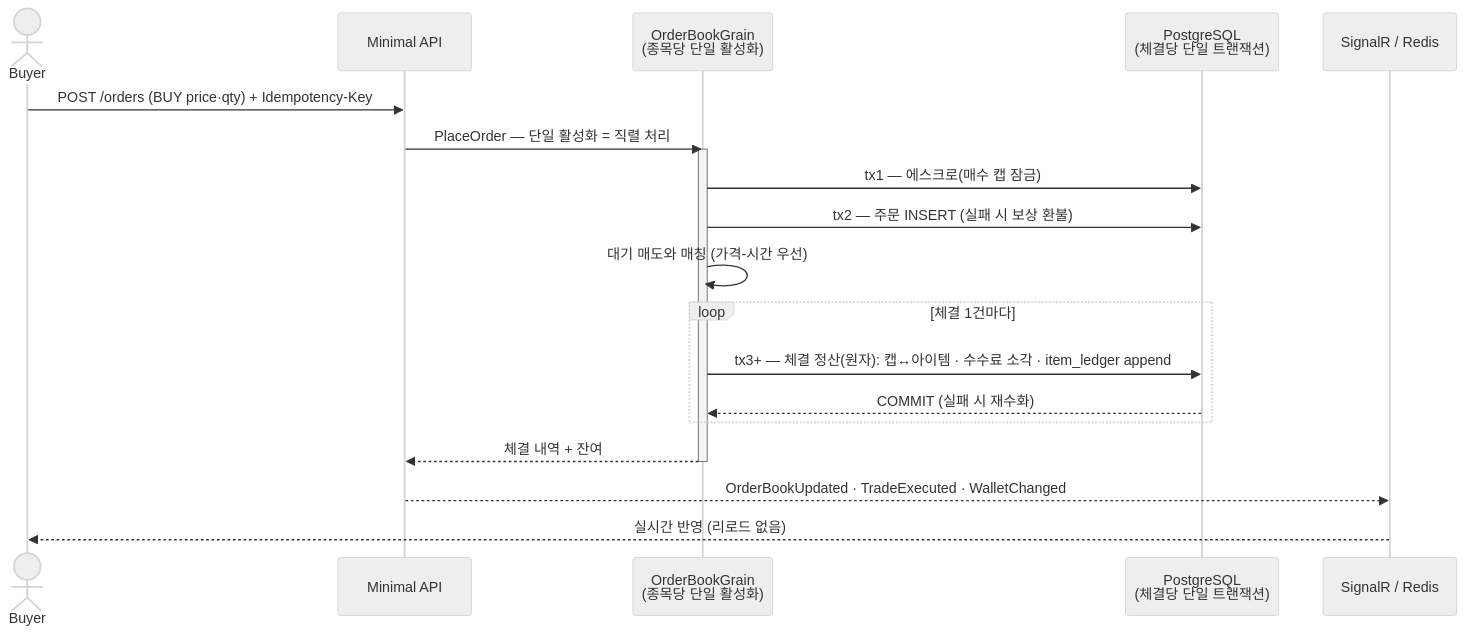
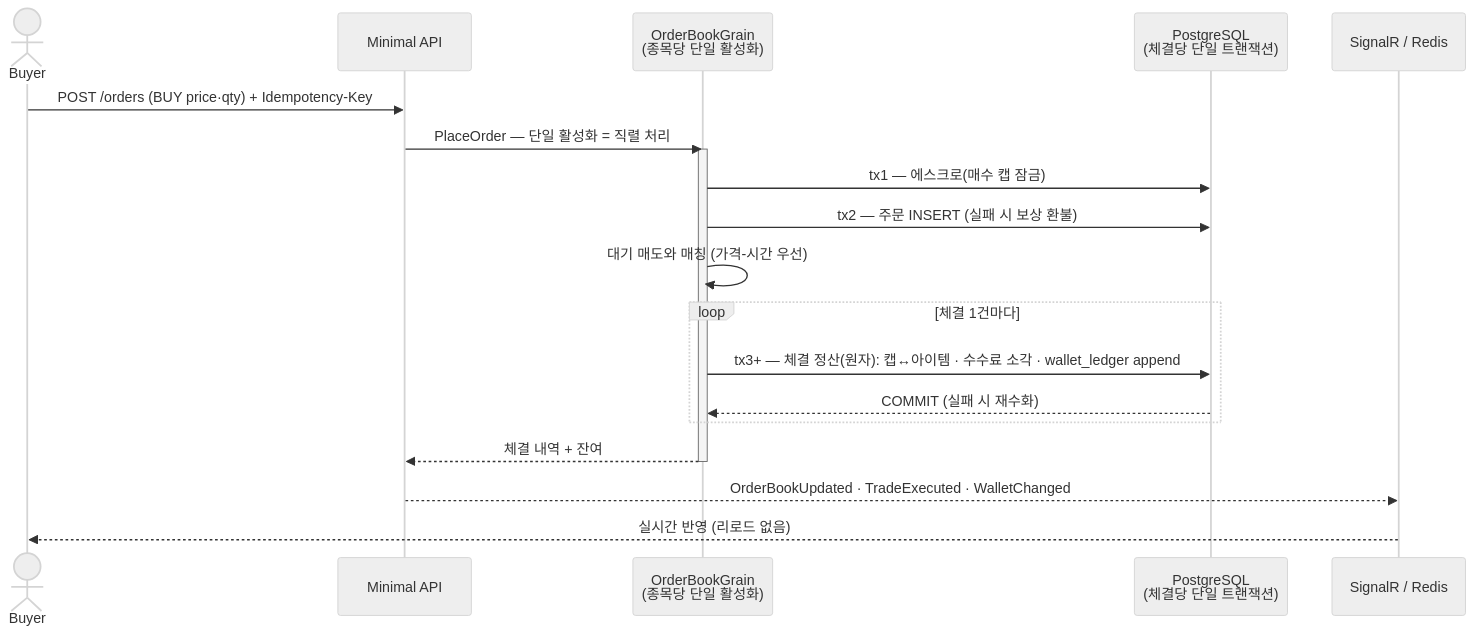
Before and after one commit to HanHyunsoo/ItemMarket: the first of 4 diagrams in README.md, drawn with Mermaid (neutral theme).

Commit message:
docs(readme): 히어로 시퀀스도의 체결 정산 원장을 item_ledger → wallet_ledger로 정정
SettleFillAsync(체결 tx)는 trade INSERT + CreditWalletAsync(wallet_ledger append)
+ 아이템 이전 + 주문 갱신만 수행하고 item_ledger는 쓰지 않는다. item_ledger는
admin grant/vendor sell/raid 경로에서만 append된다. mermaid tx3 라벨이 체결에
item_ledger를 오귀속했으므로 실제로 기록되는 wallet_ledger로 바로잡음.

````diff
--- a/README.md
+++ b/README.md
@@ -36,23 +36,23 @@
 ```mermaid
 sequenceDiagram
   actor Buyer
   participant API as Minimal API
   participant OB as OrderBookGrain<br/>(종목당 단일 활성화)
   participant DB as PostgreSQL<br/>(체결당 단일 트랜잭션)
   participant Hub as SignalR / Redis
 
   Buyer->>API: POST /orders (BUY price·qty) + Idempotency-Key
   API->>OB: PlaceOrder — 단일 활성화 = 직렬 처리
   activate OB
   OB->>DB: tx1 — 에스크로(매수 캡 잠금)
   OB->>DB: tx2 — 주문 INSERT (실패 시 보상 환불)
   OB->>OB: 대기 매도와 매칭 (가격-시간 우선)
   loop 체결 1건마다
-    OB->>DB: tx3+ — 체결 정산(원자): 캡↔아이템 · 수수료 소각 · item_ledger append
+    OB->>DB: tx3+ — 체결 정산(원자): 캡↔아이템 · 수수료 소각 · wallet_ledger append
     DB-->>OB: COMMIT (실패 시 재수화)
   end
   OB-->>API: 체결 내역 + 잔여
   deactivate OB
   API-->>Hub: OrderBookUpdated · TradeExecuted · WalletChanged
   Hub-->>Buyer: 실시간 반영 (리로드 없음)
 ```
````
